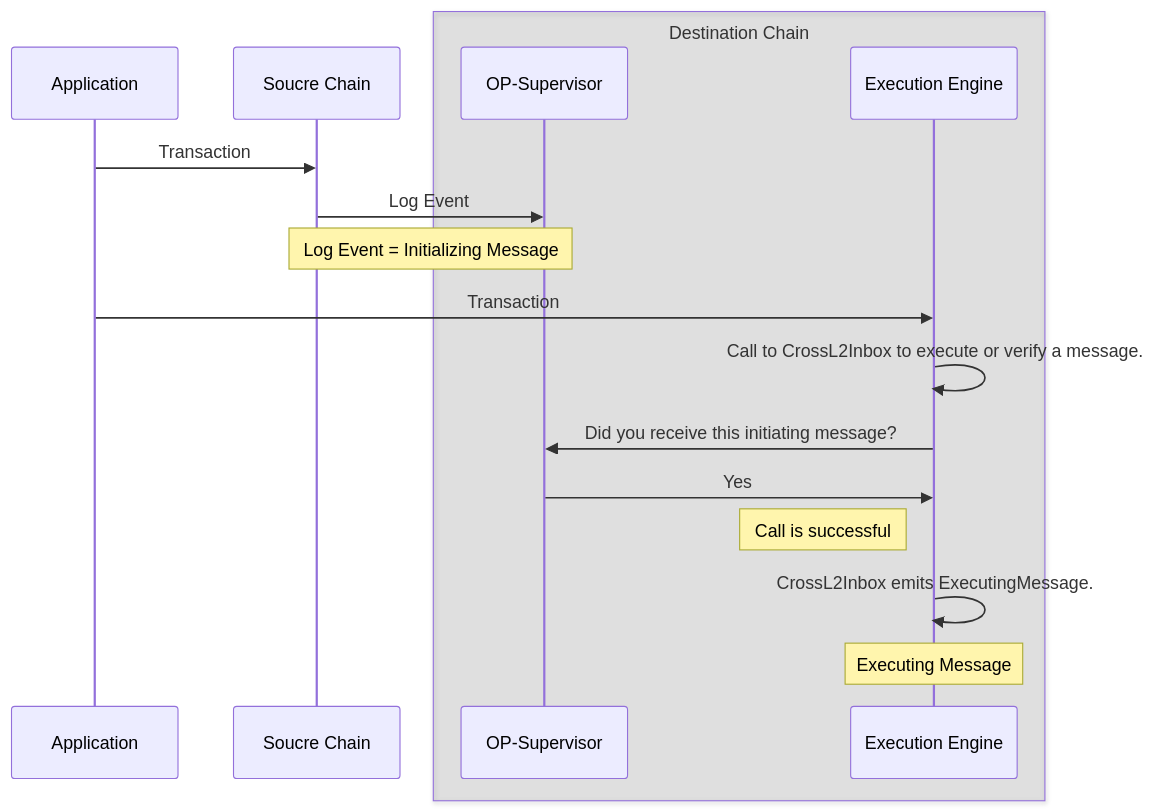
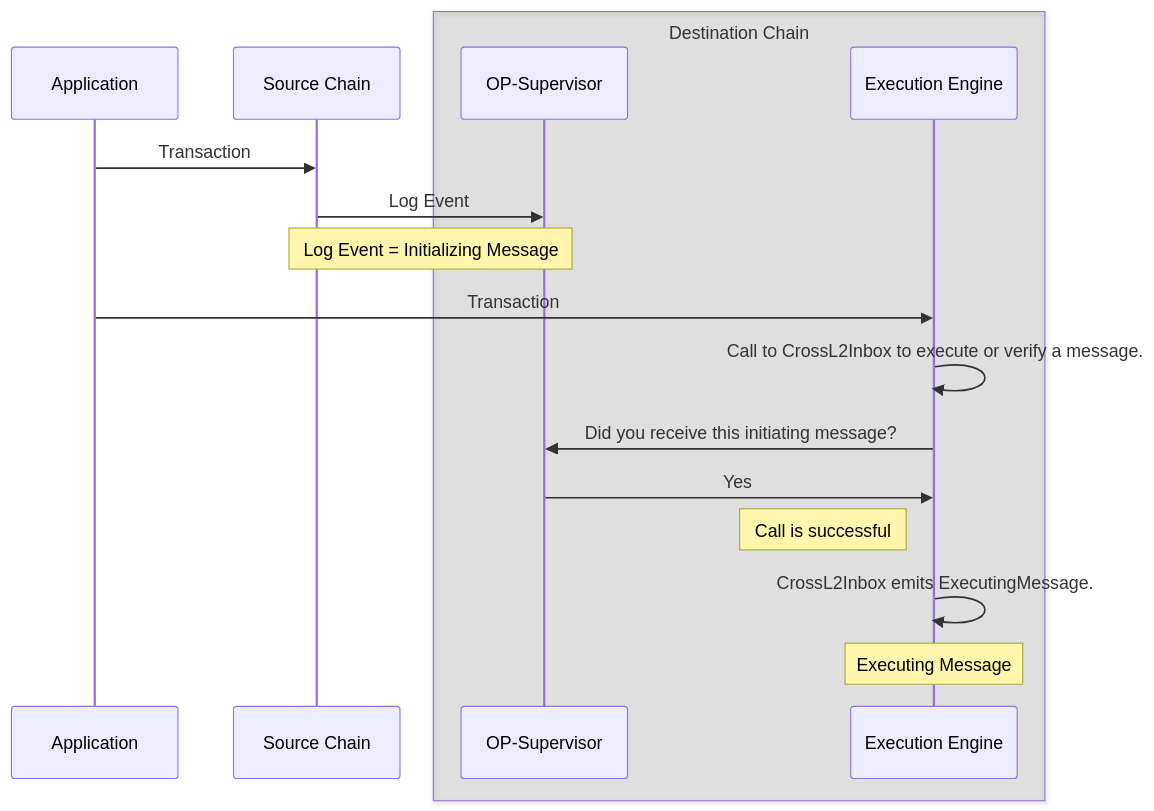
One commit to ethereum-optimism/docs changed the second of 3 diagrams in pages/stack/interop/architecture.mdx. Above: the diagram before and after it, drawn with Mermaid. The commit also changed other lines of this file, not shown here.

Commit message:
Apply suggestions from code review

````diff
--- a/pages/stack/interop/architecture.mdx
+++ b/pages/stack/interop/architecture.mdx
@@ -56,20 +56,20 @@
 ```mermaid
 
 sequenceDiagram
     participant app as Application
-    participant src as Soucre Chain
+    participant src as Source Chain
     box rgba(0,0,0,0.1) Destination Chain
       participant dst-sup as OP-Supervisor
       participant dst-geth as Execution Engine
     end
     app->>src: Transaction
     src->>dst-sup: Log Event
     note over src,dst-sup: Log Event = Initializing Message
     app->>dst-geth: Transaction
     dst-geth->>dst-geth: Call to CrossL2Inbox to execute or verify a message.
     dst-geth->>dst-sup: Did you receive this initiating message?
     dst-sup->>dst-geth: Yes
     note left of dst-geth: Call is successful
     dst-geth->>dst-geth: CrossL2Inbox emits ExecutingMessage.
     note over dst-geth: Executing Message
 ```
````
